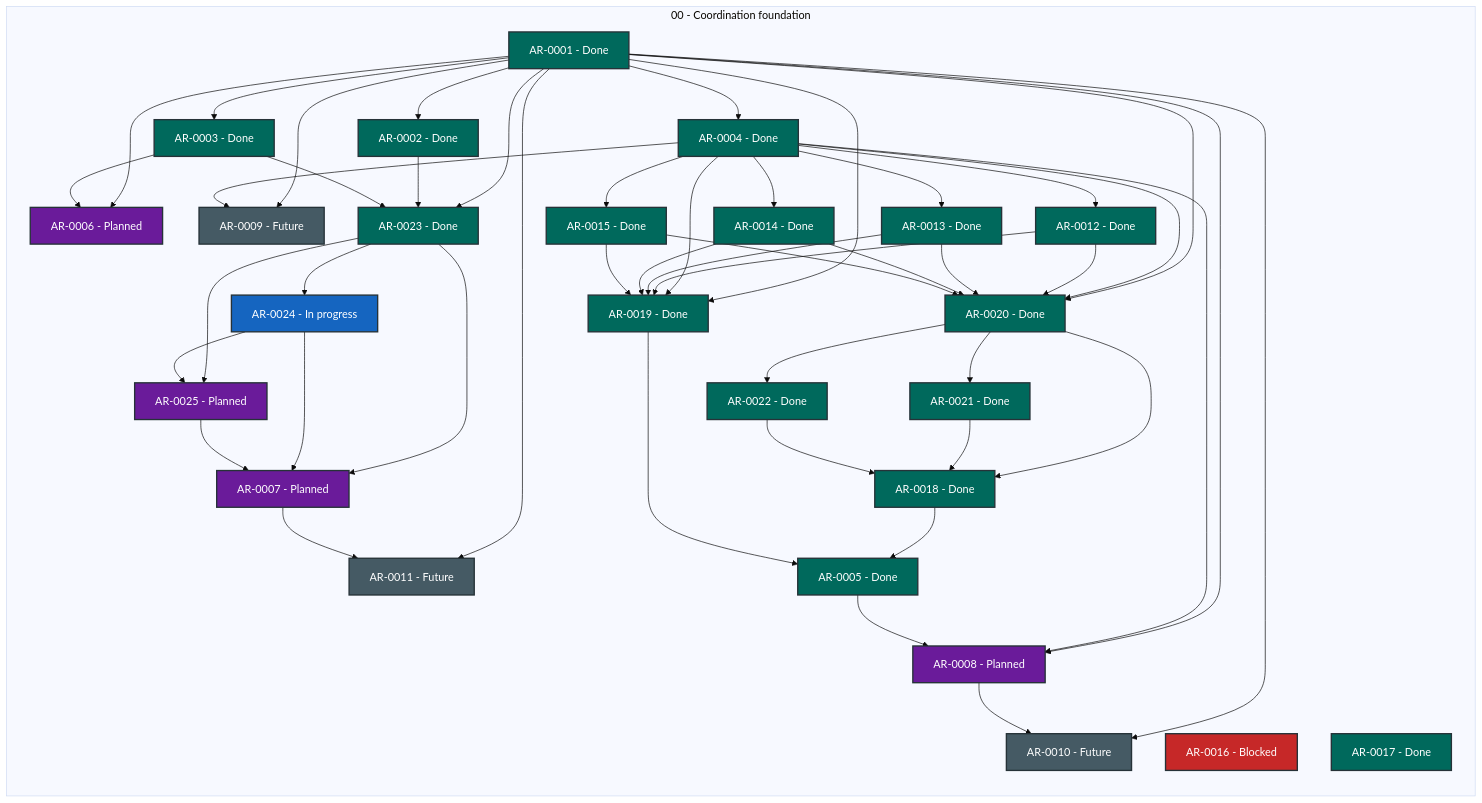
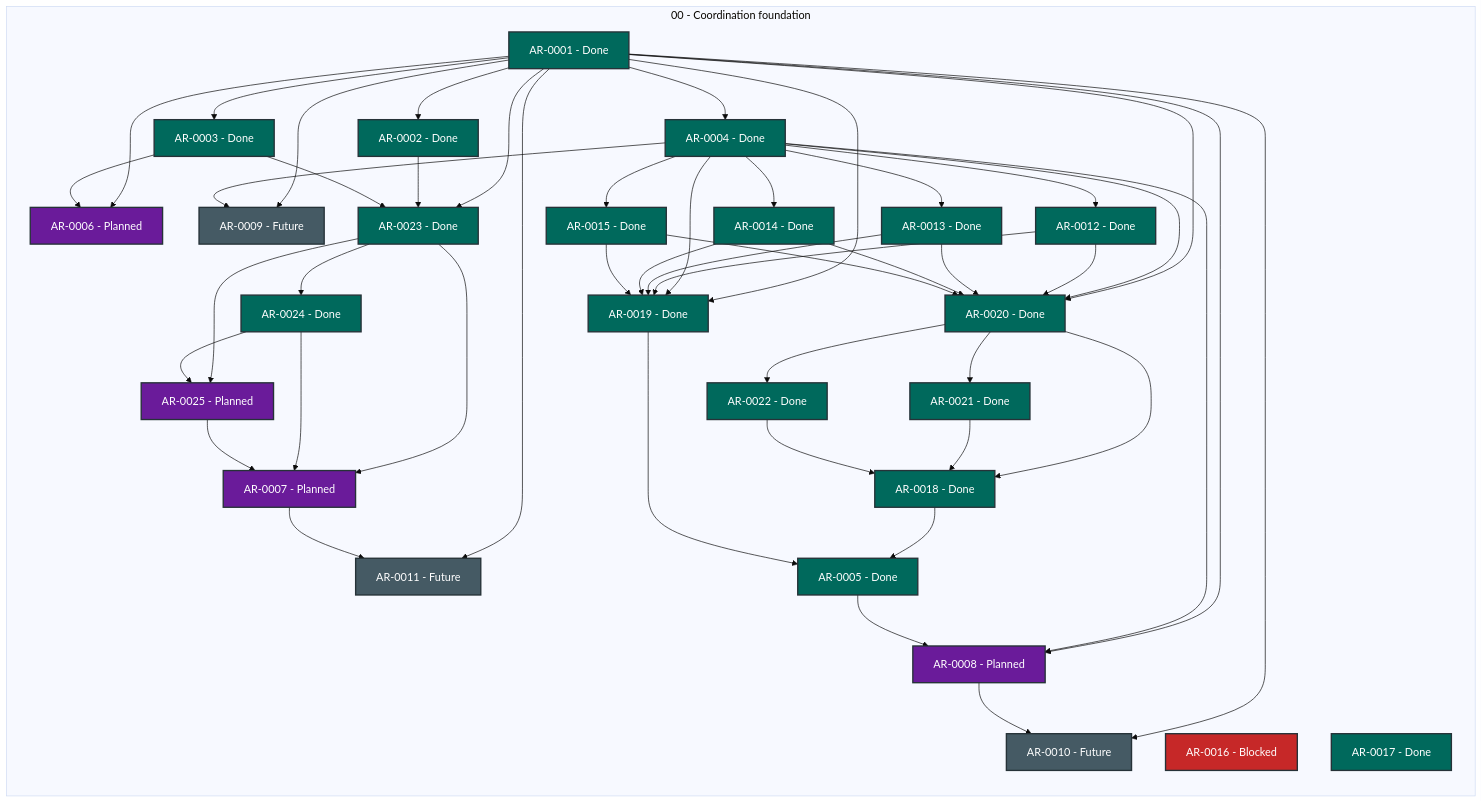
One commit to martin-beck/agent-workflow-quality-state changed the diagram in STATUS.md. Above: the diagram before and after it, drawn with Mermaid (base theme). The commit also changed other lines of this file and 2 other files, not shown here.

```diff
--- a/STATUS.md
+++ b/STATUS.md
@@ -51,7 +51,7 @@
         AR_0021["AR-0021 - Done"]:::status_done
         AR_0022["AR-0022 - Done"]:::status_done
         AR_0023["AR-0023 - Done"]:::status_done
-        AR_0024["AR-0024 - In progress"]:::status_in_progress
+        AR_0024["AR-0024 - Done"]:::status_done
         AR_0025["AR-0025 - Planned"]:::status_planned
     end
     AR_0001 --> AR_0002
```
